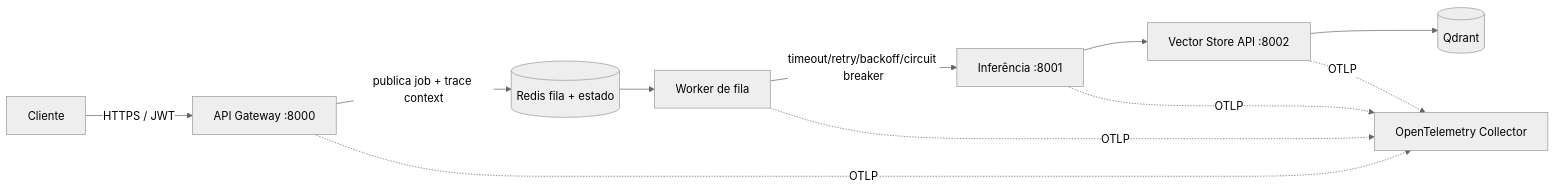
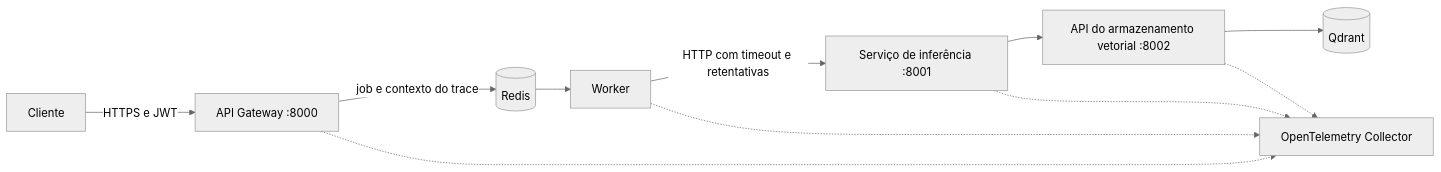
The diagram in README.md (bessiwolkers-droid/C3_HOWARD_NUVEM), drawn with Mermaid (neutral theme) before and after one commit. The commit also changed other lines of this file, not shown here.

`````diff
--- a/README.md
+++ b/README.md
@@ -9,13 +13,13 @@
 ```mermaid
 flowchart LR
- C[Cliente] -->|HTTPS / JWT| GW[API Gateway :8000]
- GW -->|publica job + trace context| R[(Redis fila + estado)]
- R --> W[Worker de fila]
- W -->|timeout/retry/backoff/circuit breaker| I[Inferência :8001]
- I --> V[Vector Store API :8002]
- V --> Q[(Qdrant)]
- GW -. OTLP .-> O[OpenTelemetry Collector]
- W -. OTLP .-> O
- I -. OTLP .-> O
- V -. OTLP .-> O
-````
+    C[Cliente] -->|HTTPS e JWT| GW[API Gateway :8000]
+    GW -->|job e contexto do trace| R[(Redis)]
+    R --> W[Worker]
+    W -->|HTTP com timeout e retentativas| I[Serviço de inferência :8001]
+    I --> V[API do armazenamento vetorial :8002]
+    V --> Q[(Qdrant)]
+    GW -.-> O[OpenTelemetry Collector]
+    W -.-> O
+    I -.-> O
+    V -.-> O
+```
`````
